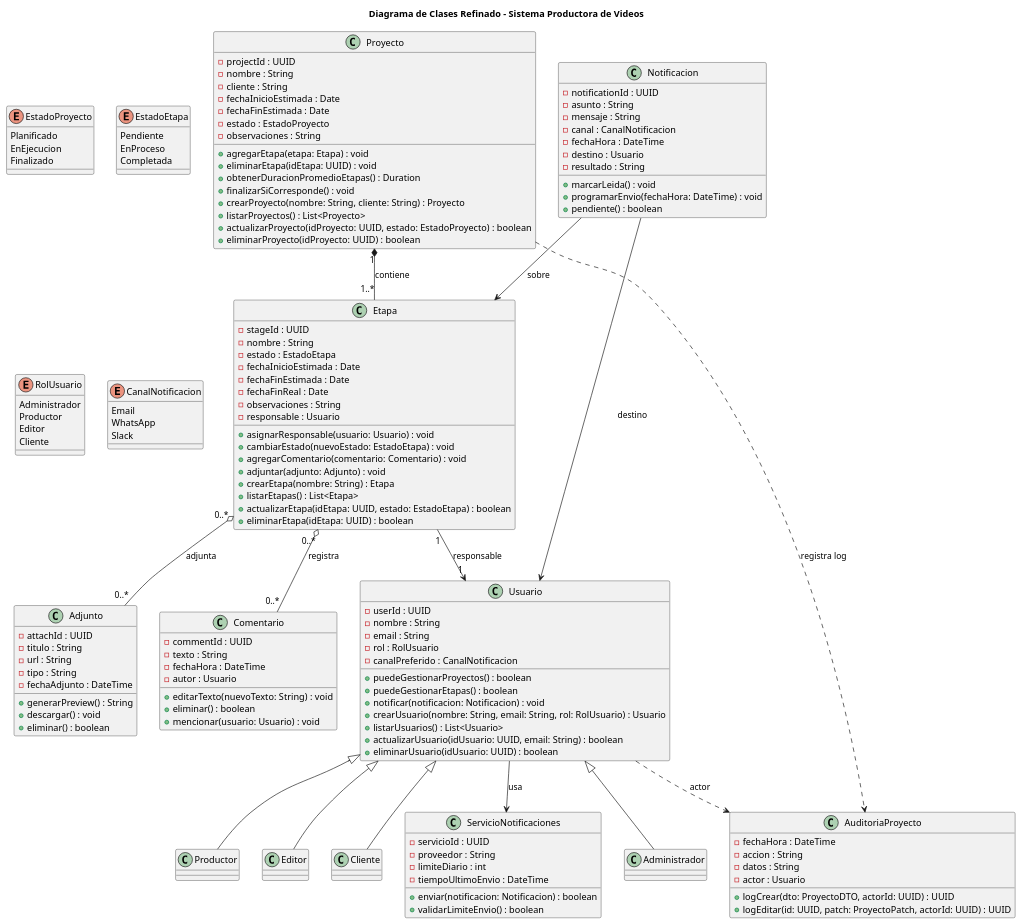
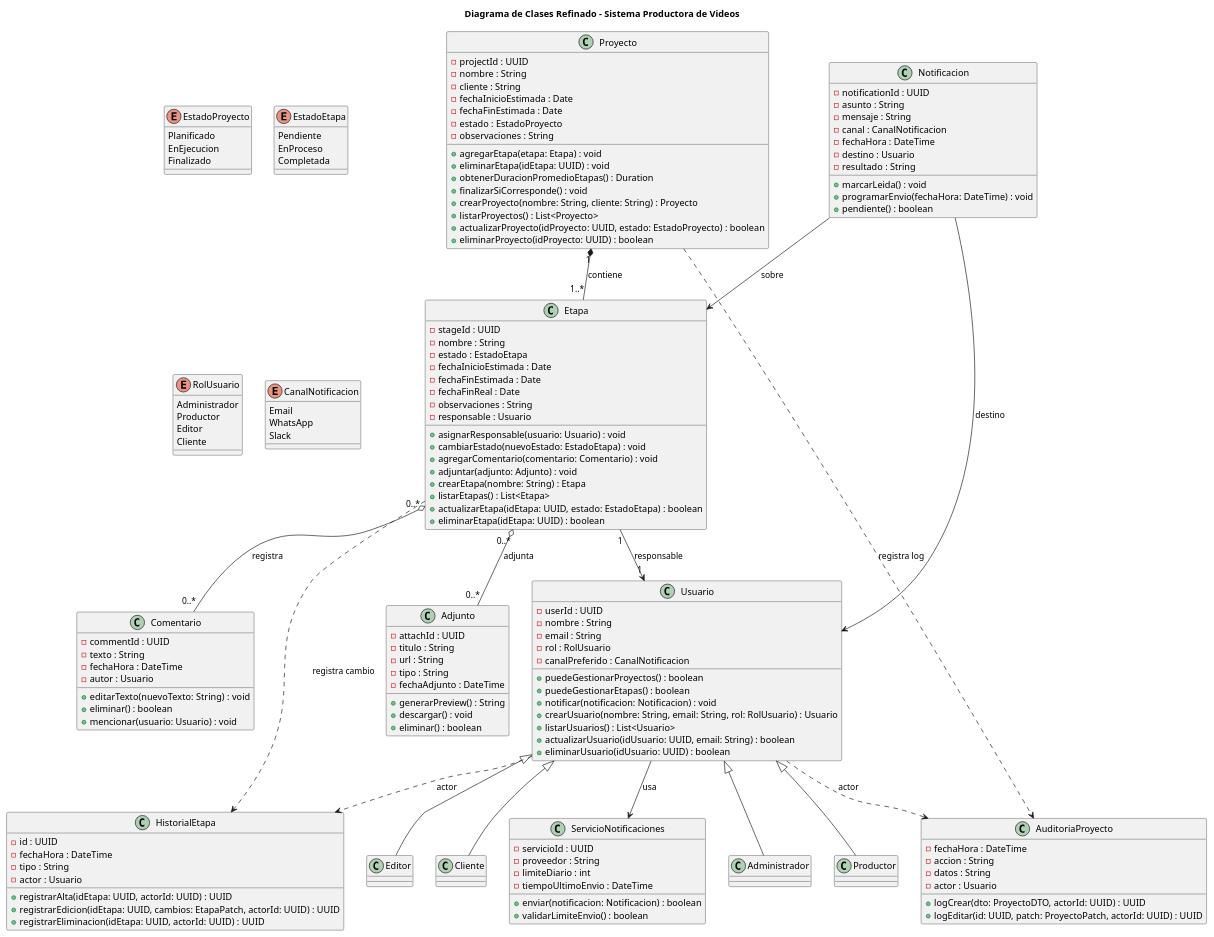
The diagram in diagramas/01-diagrama-clases/01-diagrama-clases-final.puml (dantebiondi666-prog/SistemaProductoraVideos), drawn with PlantUML before and after one commit. The commit also changed 2 other files, not shown here.

```diff
--- a/diagramas/01-diagrama-clases/01-diagrama-clases-final.puml
+++ b/diagramas/01-diagrama-clases/01-diagrama-clases-final.puml
@@ -1,160 +1,171 @@
 @startuml Diagrama_Clases_Final
 title Diagrama de Clases Refinado - Sistema Productora de Videos
 
 ' =======================================================
 ' CLASES PRINCIPALES
 ' =======================================================
 
 class Proyecto {
   - projectId : UUID
   - nombre : String
   - cliente : String
   - fechaInicioEstimada : Date
   - fechaFinEstimada : Date
   - estado : EstadoProyecto
   - observaciones : String
   + agregarEtapa(etapa: Etapa) : void
   + eliminarEtapa(idEtapa: UUID) : void
   + obtenerDuracionPromedioEtapas() : Duration
   + finalizarSiCorresponde() : void
   + crearProyecto(nombre: String, cliente: String) : Proyecto
   + listarProyectos() : List<Proyecto>
   + actualizarProyecto(idProyecto: UUID, estado: EstadoProyecto) : boolean
   + eliminarProyecto(idProyecto: UUID) : boolean
 }
 
 class Etapa {
   - stageId : UUID
   - nombre : String
   - estado : EstadoEtapa
   - fechaInicioEstimada : Date
   - fechaFinEstimada : Date
   - fechaFinReal : Date
   - observaciones : String
   - responsable : Usuario
   + asignarResponsable(usuario: Usuario) : void
   + cambiarEstado(nuevoEstado: EstadoEtapa) : void
   + agregarComentario(comentario: Comentario) : void
   + adjuntar(adjunto: Adjunto) : void
   + crearEtapa(nombre: String) : Etapa
   + listarEtapas() : List<Etapa>
   + actualizarEtapa(idEtapa: UUID, estado: EstadoEtapa) : boolean
   + eliminarEtapa(idEtapa: UUID) : boolean
 }
 
 class Usuario {
   - userId : UUID
   - nombre : String
   - email : String
   - rol : RolUsuario
   - canalPreferido : CanalNotificacion
   + puedeGestionarProyectos() : boolean
   + puedeGestionarEtapas() : boolean
   + notificar(notificacion: Notificacion) : void
   + crearUsuario(nombre: String, email: String, rol: RolUsuario) : Usuario
   + listarUsuarios() : List<Usuario>
   + actualizarUsuario(idUsuario: UUID, email: String) : boolean
   + eliminarUsuario(idUsuario: UUID) : boolean
 }
 
 class Comentario {
   - commentId : UUID
   - texto : String
   - fechaHora : DateTime
   - autor : Usuario
   + editarTexto(nuevoTexto: String) : void
   + eliminar() : boolean
   + mencionar(usuario: Usuario) : void
 }
 
 class Adjunto {
   - attachId : UUID
   - titulo : String
   - url : String
   - tipo : String
   - fechaAdjunto : DateTime
   + generarPreview() : String
   + descargar() : void
   + eliminar() : boolean
 }
 
 class Notificacion {
   - notificationId : UUID
   - asunto : String
   - mensaje : String
   - canal : CanalNotificacion
   - fechaHora : DateTime
   - destino : Usuario
   - resultado : String
   + marcarLeida() : void
   + programarEnvio(fechaHora: DateTime) : void
   + pendiente() : boolean
 }
 
 class ServicioNotificaciones {
   - servicioId : UUID
   - proveedor : String
   - limiteDiario : int
   - tiempoUltimoEnvio : DateTime
   + enviar(notificacion: Notificacion) : boolean
   + validarLimiteEnvio() : boolean
 }
 
+class HistorialEtapa {
+  - id : UUID
+  - fechaHora : DateTime
+  - tipo : String
+  - actor : Usuario
+  + registrarAlta(idEtapa: UUID, actorId: UUID) : UUID
+  + registrarEdicion(idEtapa: UUID, cambios: EtapaPatch, actorId: UUID) : UUID
+  + registrarEliminacion(idEtapa: UUID, actorId: UUID) : UUID
+}
 
 class AuditoriaProyecto {
   - fechaHora : DateTime
   - accion : String
   - datos : String
   - actor : Usuario
   + logCrear(dto: ProyectoDTO, actorId: UUID) : UUID
   + logEditar(id: UUID, patch: ProyectoPatch, actorId: UUID) : UUID
 }
 
 ' =======================================================
 ' ENUMERACIONES / TIPOS AUXILIARES
 ' =======================================================
 enum EstadoProyecto {
   Planificado
   EnEjecucion
   Finalizado
 }
 
 enum EstadoEtapa {
   Pendiente
   EnProceso
   Completada
 }
 
 enum RolUsuario {
   Administrador
   Productor
   Editor
   Cliente
 }
 
 enum CanalNotificacion {
   Email
   WhatsApp
   Slack
 }
 
 ' =======================================================
 ' RELACIONES ENTRE CLASES
 ' =======================================================
 Proyecto "1" *-- "1..*" Etapa : contiene
 Proyecto ..> AuditoriaProyecto : «registra log»
 Usuario ..> AuditoriaProyecto : «actor»
 Etapa "0..*" o-- "0..*" Comentario : registra
 Etapa "0..*" o-- "0..*" Adjunto : adjunta
 Etapa "1" --> "1" Usuario : responsable
+Etapa ..> HistorialEtapa : «registra cambio»
+Usuario ..> HistorialEtapa : «actor»
 Usuario --> ServicioNotificaciones : «usa»
 Notificacion --> Usuario : destino
 Notificacion --> Etapa : sobre
 
 ' Herencias
 Usuario <|-- Administrador
 Usuario <|-- Productor
 Usuario <|-- Editor
 Usuario <|-- Cliente
 
 @enduml
```
